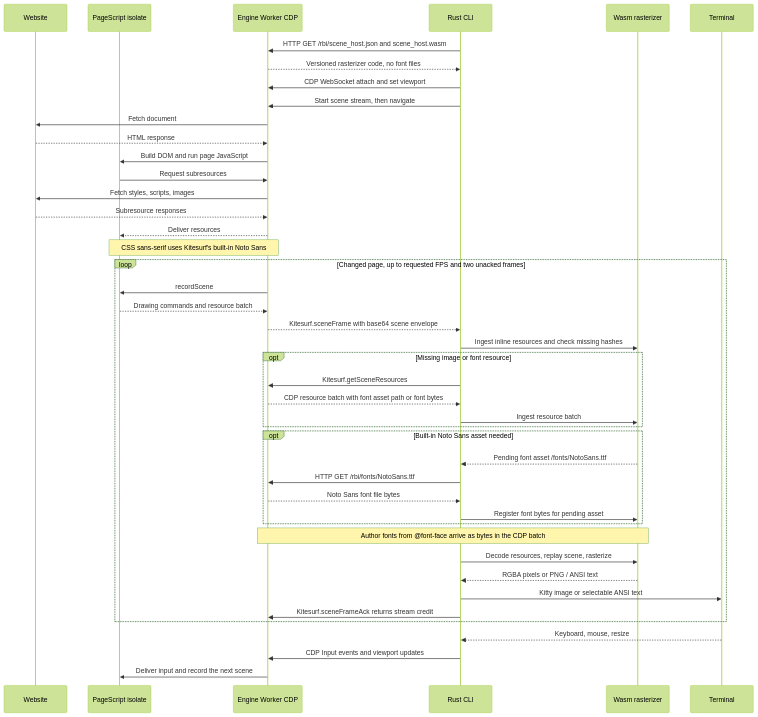
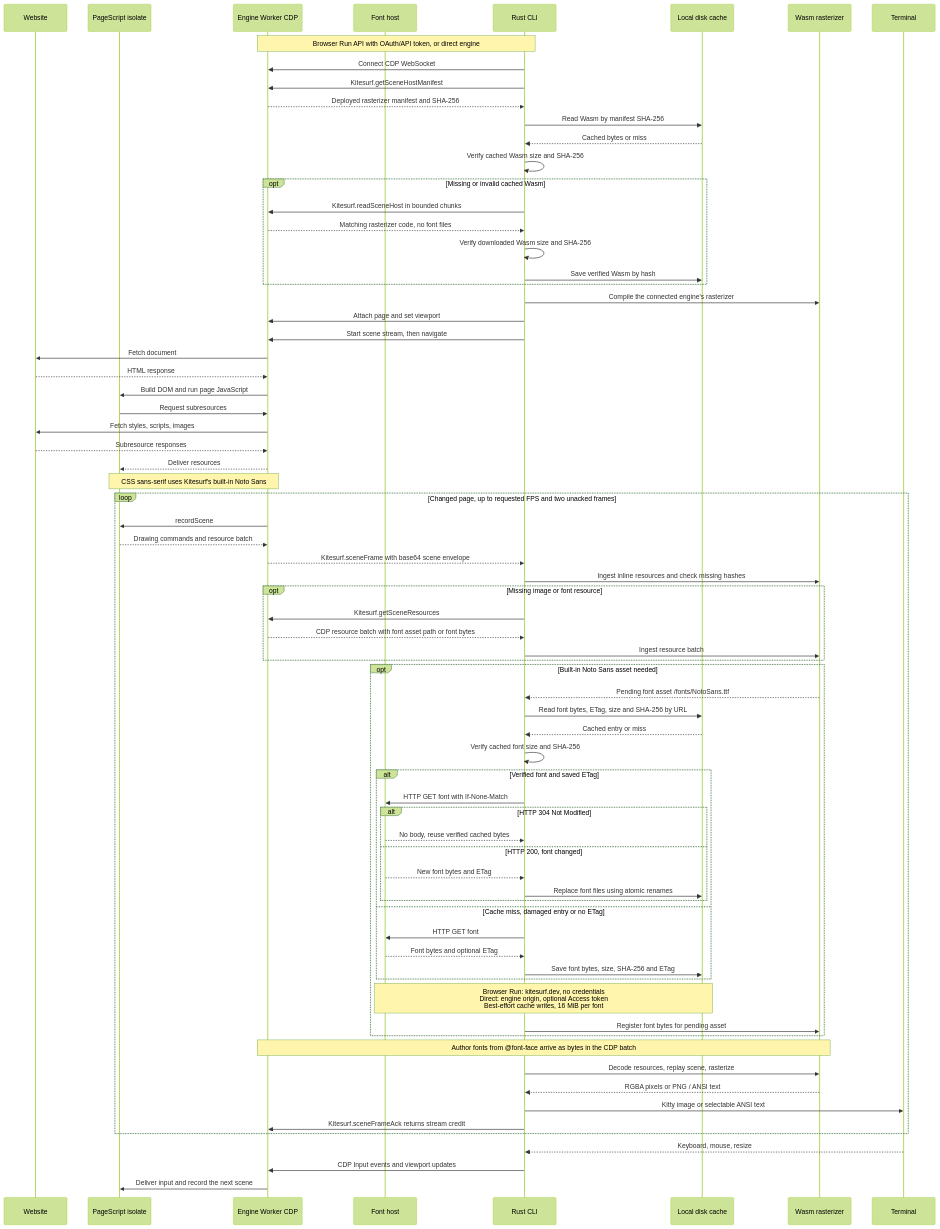
Before and after one commit to cloudflare/kitesurf: the diagram in packages/kitesurf-cli/architecture.mmd, drawn with Mermaid (forest theme). The commit also changed 13 other files, not shown here.

Commit message:
kitesurf-cli is 100% public

```diff
--- a/packages/kitesurf-cli/architecture.mmd
+++ b/packages/kitesurf-cli/architecture.mmd
@@ -1,47 +1,76 @@
 sequenceDiagram
     participant Site as Website
     participant Page as PageScript isolate
     participant Engine as Engine Worker CDP
+    participant Fonts as Font host
     participant CLI as Rust CLI
+    participant Cache as Local disk cache
     participant Wasm as Wasm rasterizer
     participant TTY as Terminal
 
-    CLI->>Engine: HTTP GET /rbi/scene_host.json and scene_host.wasm
-    Engine-->>CLI: Versioned rasterizer code, no font files
-    CLI->>Engine: CDP WebSocket attach and set viewport
+    Note over Engine,CLI: Browser Run API with OAuth/API token, or direct engine
+    CLI->>Engine: Connect CDP WebSocket
+    CLI->>Engine: Kitesurf.getSceneHostManifest
+    Engine-->>CLI: Deployed rasterizer manifest and SHA-256
+    CLI->>Cache: Read Wasm by manifest SHA-256
+    Cache-->>CLI: Cached bytes or miss
+    CLI->>CLI: Verify cached Wasm size and SHA-256
+    opt Missing or invalid cached Wasm
+        CLI->>Engine: Kitesurf.readSceneHost in bounded chunks
+        Engine-->>CLI: Matching rasterizer code, no font files
+        CLI->>CLI: Verify downloaded Wasm size and SHA-256
+        CLI->>Cache: Save verified Wasm by hash
+    end
+    CLI->>Wasm: Compile the connected engine's rasterizer
+    CLI->>Engine: Attach page and set viewport
     CLI->>Engine: Start scene stream, then navigate
     Engine->>Site: Fetch document
     Site-->>Engine: HTML response
     Engine->>Page: Build DOM and run page JavaScript
     Page->>Engine: Request subresources
     Engine->>Site: Fetch styles, scripts, images
     Site-->>Engine: Subresource responses
     Engine-->>Page: Deliver resources
     Note over Page,Engine: CSS sans-serif uses Kitesurf's built-in Noto Sans
 
     loop Changed page, up to requested FPS and two unacked frames
         Engine->>Page: recordScene
         Page-->>Engine: Drawing commands and resource batch
         Engine-->>CLI: Kitesurf.sceneFrame with base64 scene envelope
         CLI->>Wasm: Ingest inline resources and check missing hashes
         opt Missing image or font resource
             CLI->>Engine: Kitesurf.getSceneResources
             Engine-->>CLI: CDP resource batch with font asset path or font bytes
             CLI->>Wasm: Ingest resource batch
         end
         opt Built-in Noto Sans asset needed
             Wasm-->>CLI: Pending font asset /fonts/NotoSans.ttf
-            CLI->>Engine: HTTP GET /rbi/fonts/NotoSans.ttf
-            Engine-->>CLI: Noto Sans font file bytes
+            CLI->>Cache: Read font bytes, ETag, size and SHA-256 by URL
+            Cache-->>CLI: Cached entry or miss
+            CLI->>CLI: Verify cached font size and SHA-256
+            alt Verified font and saved ETag
+                CLI->>Fonts: HTTP GET font with If-None-Match
+                alt HTTP 304 Not Modified
+                    Fonts-->>CLI: No body, reuse verified cached bytes
+                else HTTP 200, font changed
+                    Fonts-->>CLI: New font bytes and ETag
+                    CLI->>Cache: Replace font files using atomic renames
+                end
+            else Cache miss, damaged entry or no ETag
+                CLI->>Fonts: HTTP GET font
+                Fonts-->>CLI: Font bytes and optional ETag
+                CLI->>Cache: Save font bytes, size, SHA-256 and ETag
+            end
+            Note over Fonts,Cache: Browser Run: kitesurf.dev, no credentials<br/>Direct: engine origin, optional Access token<br/>Best-effort cache writes, 16 MiB per font
             CLI->>Wasm: Register font bytes for pending asset
         end
         Note over Engine,Wasm: Author fonts from @font-face arrive as bytes in the CDP batch
         CLI->>Wasm: Decode resources, replay scene, rasterize
         Wasm-->>CLI: RGBA pixels or PNG / ANSI text
         CLI->>TTY: Kitty image or selectable ANSI text
         CLI->>Engine: Kitesurf.sceneFrameAck returns stream credit
     end
 
     TTY-->>CLI: Keyboard, mouse, resize
     CLI->>Engine: CDP Input events and viewport updates
     Engine->>Page: Deliver input and record the next scene
```
